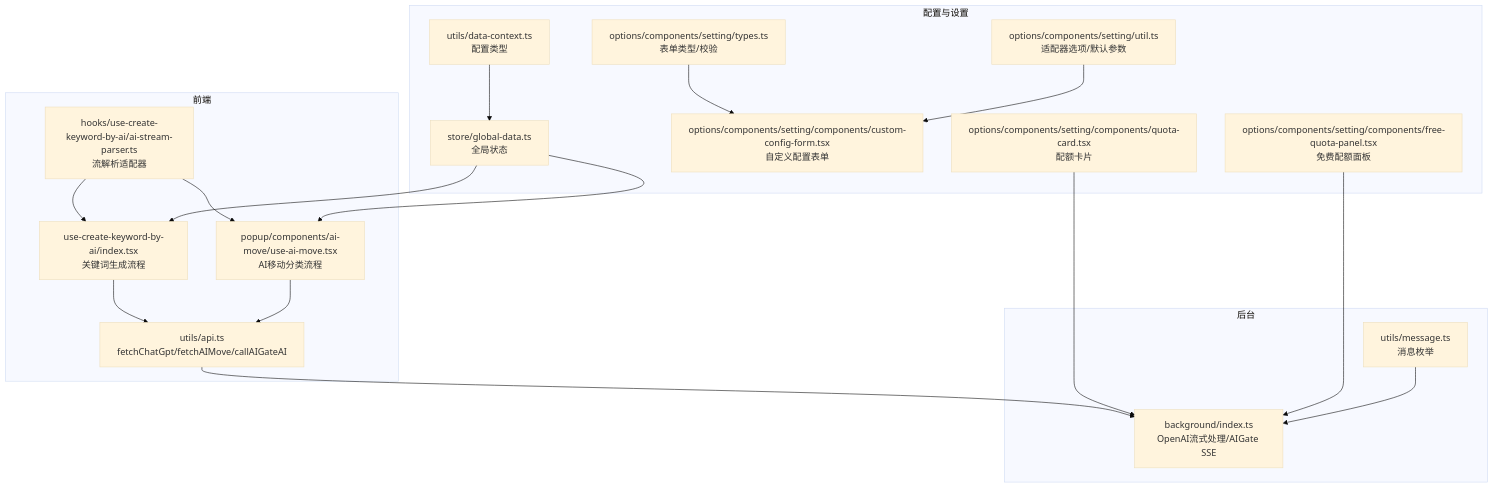
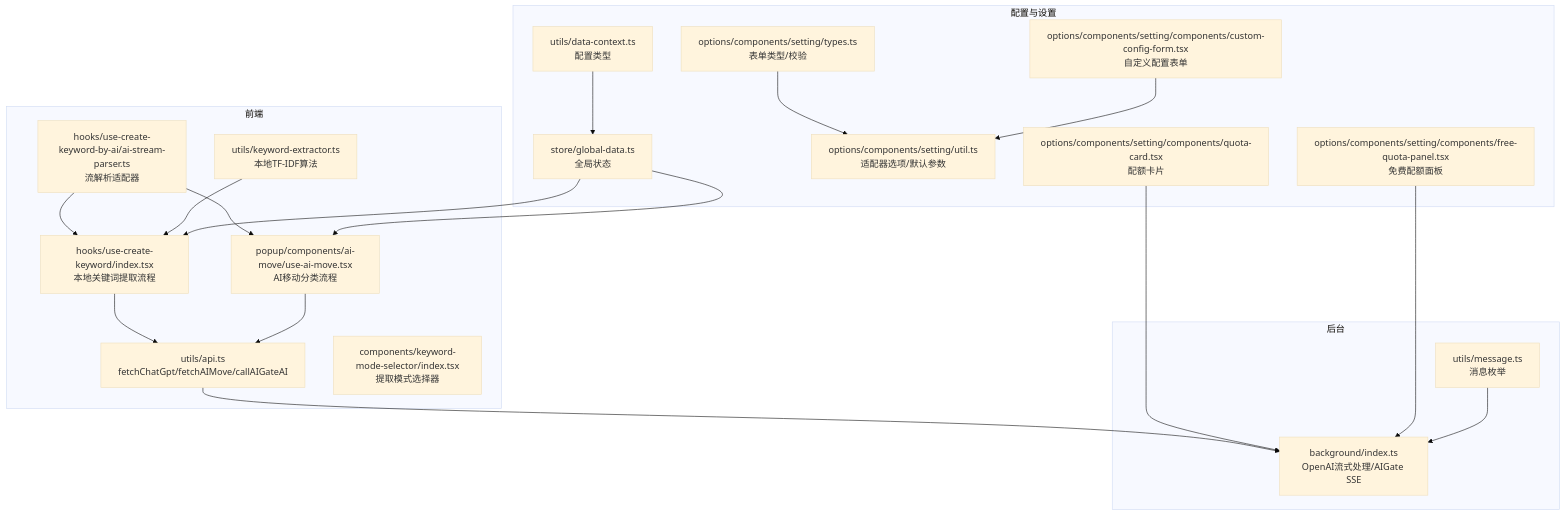
The first of 7 diagrams in .qoder/repowiki/zh/content/API参考文档/AI服务API.md (RadiumAg/bilibili-favorites), drawn with Mermaid (base theme) before and after one commit. The commit also changed other lines of this file and 4 other files, not shown here.

````diff
--- a/.qoder/repowiki/zh/content/API参考文档/AI服务API.md
+++ b/.qoder/repowiki/zh/content/API参考文档/AI服务API.md
@@ -58,35 +63,38 @@
 ```mermaid
 graph TB
 subgraph "前端"
-A["use-create-keyword-by-ai/index.tsx<br/>关键词生成流程"]
+A["hooks/use-create-keyword/index.tsx<br/>本地关键词提取流程"]
 B["popup/components/ai-move/use-ai-move.tsx<br/>AI移动分类流程"]
 C["utils/api.ts<br/>fetchChatGpt/fetchAIMove/callAIGateAI"]
 D["hooks/use-create-keyword-by-ai/ai-stream-parser.ts<br/>流解析适配器"]
+E["utils/keyword-extractor.ts<br/>本地TF-IDF算法"]
+F["components/keyword-mode-selector/index.tsx<br/>提取模式选择器"]
 end
 subgraph "配置与设置"
-E["store/global-data.ts<br/>全局状态"]
-F["utils/data-context.ts<br/>配置类型"]
-G["options/components/setting/types.ts<br/>表单类型/校验"]
-H["options/components/setting/util.ts<br/>适配器选项/默认参数"]
-I["options/components/setting/components/custom-config-form.tsx<br/>自定义配置表单"]
-J["options/components/setting/components/quota-card.tsx<br/>配额卡片"]
-K["options/components/setting/components/free-quota-panel.tsx<br/>免费配额面板"]
+G["store/global-data.ts<br/>全局状态"]
+H["utils/data-context.ts<br/>配置类型"]
+I["options/components/setting/types.ts<br/>表单类型/校验"]
+J["options/components/setting/util.ts<br/>适配器选项/默认参数"]
+K["options/components/setting/components/custom-config-form.tsx<br/>自定义配置表单"]
+L["options/components/setting/components/quota-card.tsx<br/>配额卡片"]
+M["options/components/setting/components/free-quota-panel.tsx<br/>免费配额面板"]
 end
 subgraph "后台"
-L["background/index.ts<br/>OpenAI流式处理/AIGate SSE"]
-M["utils/message.ts<br/>消息枚举"]
+N["background/index.ts<br/>OpenAI流式处理/AIGate SSE"]
+O["utils/message.ts<br/>消息枚举"]
 end
 A --> C
 B --> C
-C --> L
+C --> N
 D --> A
 D --> B
 E --> A
-E --> B
-F --> E
-G --> I
-H --> I
-J --> L
-K --> L
-M --> L
+G --> A
+G --> B
+H --> G
+I --> J
+K --> J
+L --> N
+M --> N
+O --> N
 ```
````
